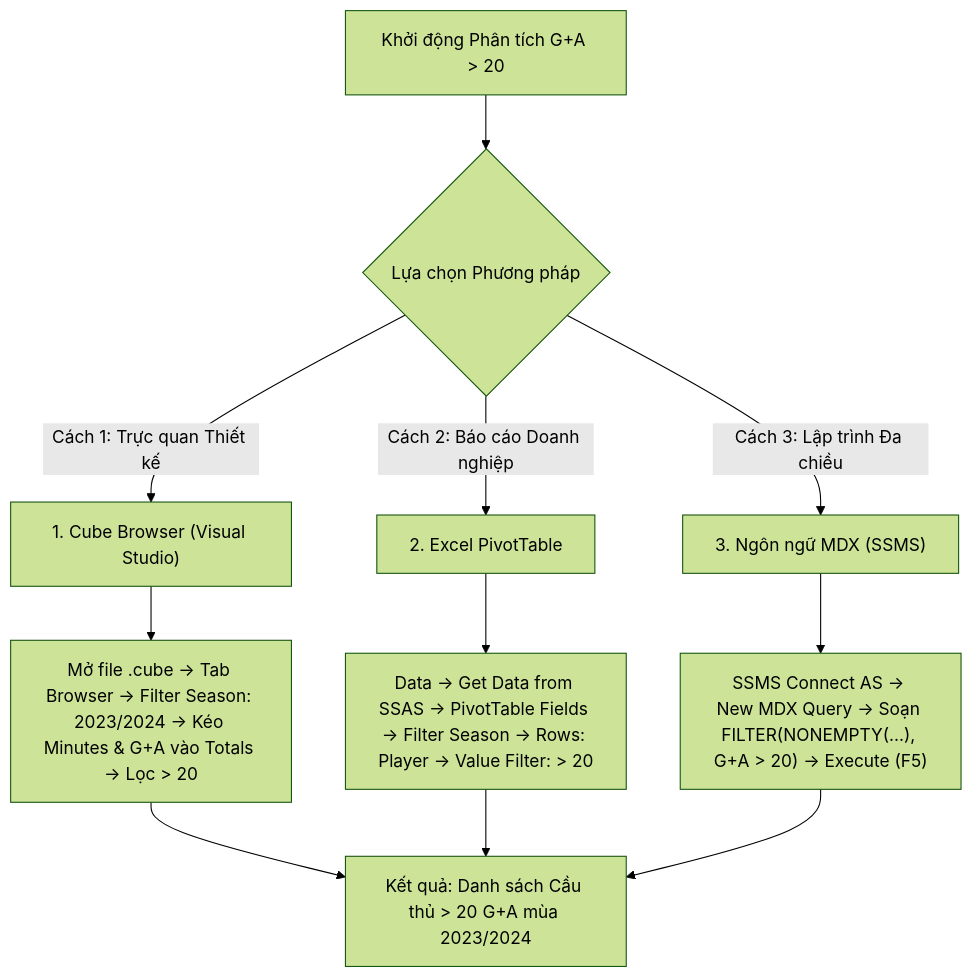
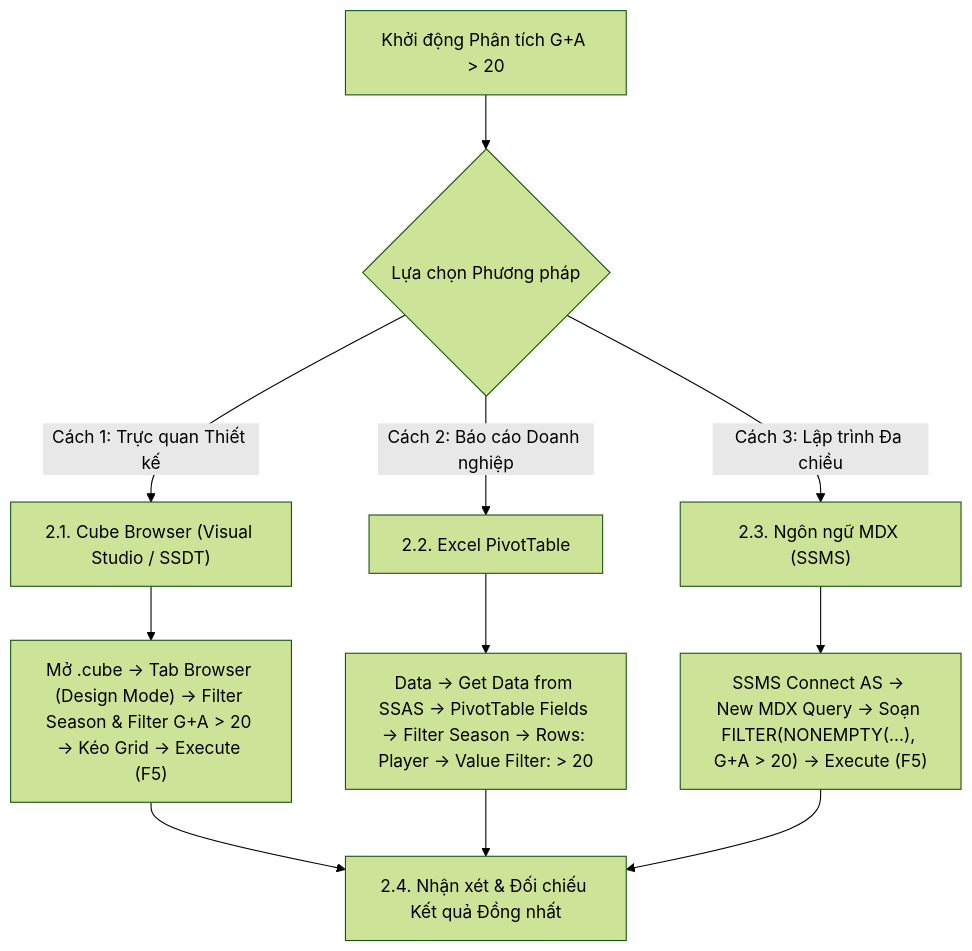
One commit to snowflake-vibing/Kho_du_lieu_OLAP changed the diagram in mdx/query_03.md. Above: the diagram before and after it, drawn with Mermaid (forest theme). The commit also changed other lines of this file and 3 other files, not shown here.

````diff
--- a/mdx/query_03.md
+++ b/mdx/query_03.md
@@ -36,16 +39,16 @@
 ```mermaid
 flowchart TD
     Start["Khởi động Phân tích G+A > 20"] --> Choice{"Lựa chọn Phương pháp"}
 
-    Choice -->|"Cách 1: Trực quan Thiết kế"| CB["1. Cube Browser (Visual Studio)"]
-    Choice -->|"Cách 2: Báo cáo Doanh nghiệp"| Excel["2. Excel PivotTable"]
-    Choice -->|"Cách 3: Lập trình Đa chiều"| MDX["3. Ngôn ngữ MDX (SSMS)"]
+    Choice -->|"Cách 1: Trực quan Thiết kế"| CB["2.1. Cube Browser (Visual Studio / SSDT)"]
+    Choice -->|"Cách 2: Báo cáo Doanh nghiệp"| Excel["2.2. Excel PivotTable"]
+    Choice -->|"Cách 3: Lập trình Đa chiều"| MDX["2.3. Ngôn ngữ MDX (SSMS)"]
 
-    CB --> CB_Step["Mở file .cube -> Tab Browser -> Filter Season: 2023/2024 -> Kéo Minutes & G+A vào Totals -> Lọc > 20"]
+    CB --> CB_Step["Mở .cube -> Tab Browser (Design Mode) -> Filter Season & Filter G+A > 20 -> Kéo Grid -> Execute (F5)"]
     Excel --> Excel_Step["Data -> Get Data from SSAS -> PivotTable Fields -> Filter Season -> Rows: Player -> Value Filter: > 20"]
     MDX --> MDX_Step["SSMS Connect AS -> New MDX Query -> Soạn FILTER(NONEMPTY(...), G+A > 20) -> Execute (F5)"]
 
-    CB_Step --> Finish["Kết quả: Danh sách Cầu thủ > 20 G+A mùa 2023/2024"]
+    CB_Step --> Finish["2.4. Nhận xét & Đối chiếu Kết quả Đồng nhất"]
     Excel_Step --> Finish
     MDX_Step --> Finish
 ```
````
